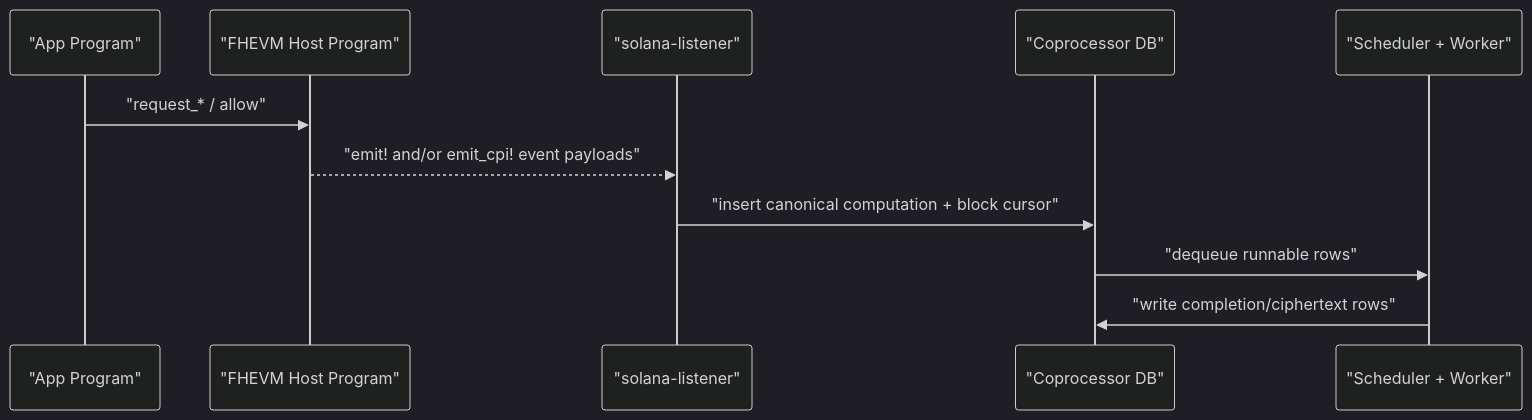
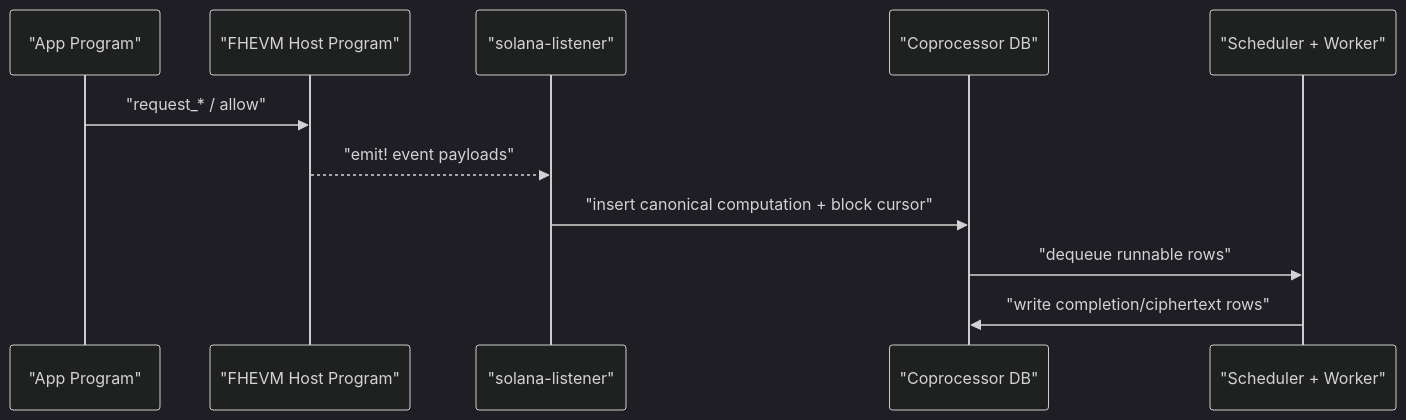
One commit to zama-ai/fhevm changed the second of 2 diagrams in docs/protocol/explorations/solana-host-listener/SOLANA_ARCHITECTURE.md. Above: the diagram before and after it, drawn with Mermaid (dark theme). The commit also changed other lines of this file and 13 other files, not shown here.

````diff
--- a/docs/protocol/explorations/solana-host-listener/SOLANA_ARCHITECTURE.md
+++ b/docs/protocol/explorations/solana-host-listener/SOLANA_ARCHITECTURE.md
@@ -130,15 +130,15 @@
 ```mermaid
 sequenceDiagram
   participant App as "App Program"
   participant Host as "FHEVM Host Program"
   participant Lis as "solana-listener"
   participant DB as "Coprocessor DB"
   participant Wkr as "Scheduler + Worker"
 
   App->>Host: "request_* / allow"
-  Host-->>Lis: "emit! and/or emit_cpi! event payloads"
+  Host-->>Lis: "emit! event payloads"
 
   Lis->>DB: "insert canonical computation + block cursor"
   DB->>Wkr: "dequeue runnable rows"
   Wkr->>DB: "write completion/ciphertext rows"
 ```
````
